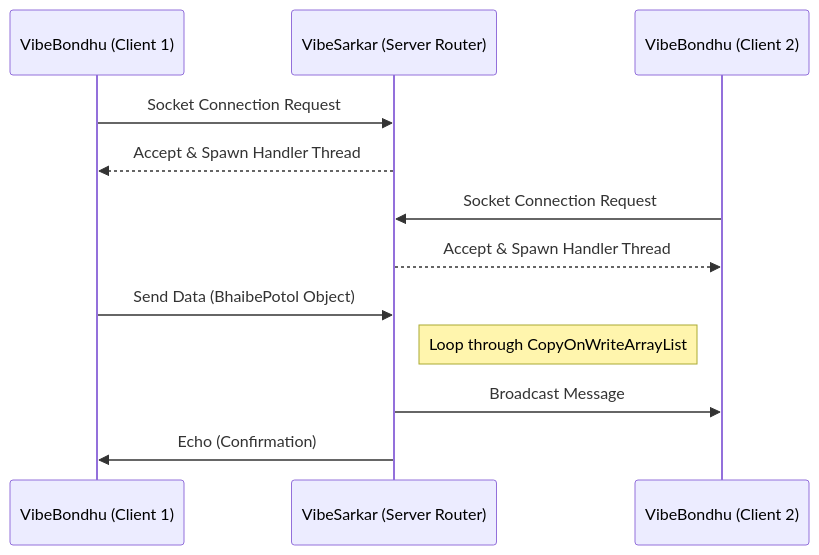
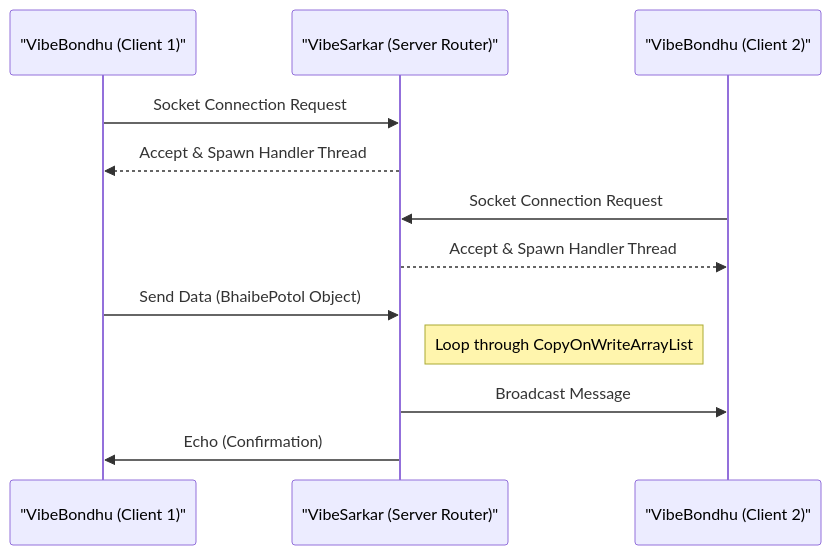
One commit to 12345Shahid/Zava-Socket-Sync changed the diagram in README.md. Above: the diagram before and after it, drawn with Mermaid.

Commit message:
fix: quote mermaid node labels for GitHub compatibility

````diff
--- a/README.md
+++ b/README.md
@@ -10,17 +10,17 @@
 ```mermaid
 sequenceDiagram
-    participant B1 as VibeBondhu (Client 1)
-    participant S as VibeSarkar (Server Router)
-    participant B2 as VibeBondhu (Client 2)
+    participant B1 as "VibeBondhu (Client 1)"
+    participant S as "VibeSarkar (Server Router)"
+    participant B2 as "VibeBondhu (Client 2)"
 
     B1->>S: Socket Connection Request
     S-->>B1: Accept & Spawn Handler Thread
     
     B2->>S: Socket Connection Request
     S-->>B2: Accept & Spawn Handler Thread
 
     B1->>S: Send Data (BhaibePotol Object)
     note right of S: Loop through CopyOnWriteArrayList
     S->>B2: Broadcast Message
     S->>B1: Echo (Confirmation)
 ```
````
